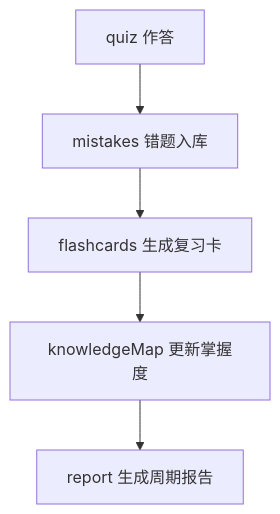
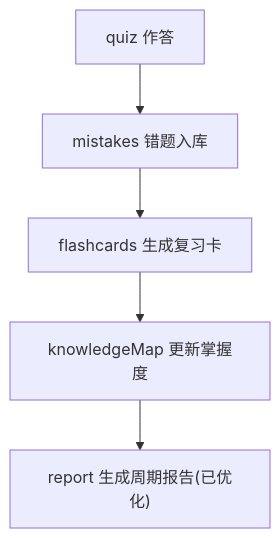
Before and after one commit to cwb7756/bio: the seventh of 9 diagrams in .qoder/repowiki/zh/content/架构设计/后端架构设计/云函数架构设计.md, drawn with Mermaid. The commit also changed other lines of this file and 26 other files, not shown here.

````diff
--- a/.qoder/repowiki/zh/content/架构设计/后端架构设计/云函数架构设计.md
+++ b/.qoder/repowiki/zh/content/架构设计/后端架构设计/云函数架构设计.md
@@ -290,7 +301,7 @@
 ```mermaid
 flowchart TD
 A["quiz 作答"] --> B["mistakes 错题入库"]
 B --> C["flashcards 生成复习卡"]
 C --> D["knowledgeMap 更新掌握度"]
-D --> E["report 生成周期报告"]
+D --> E["report 生成周期报告(已优化)"]
 ```
````
